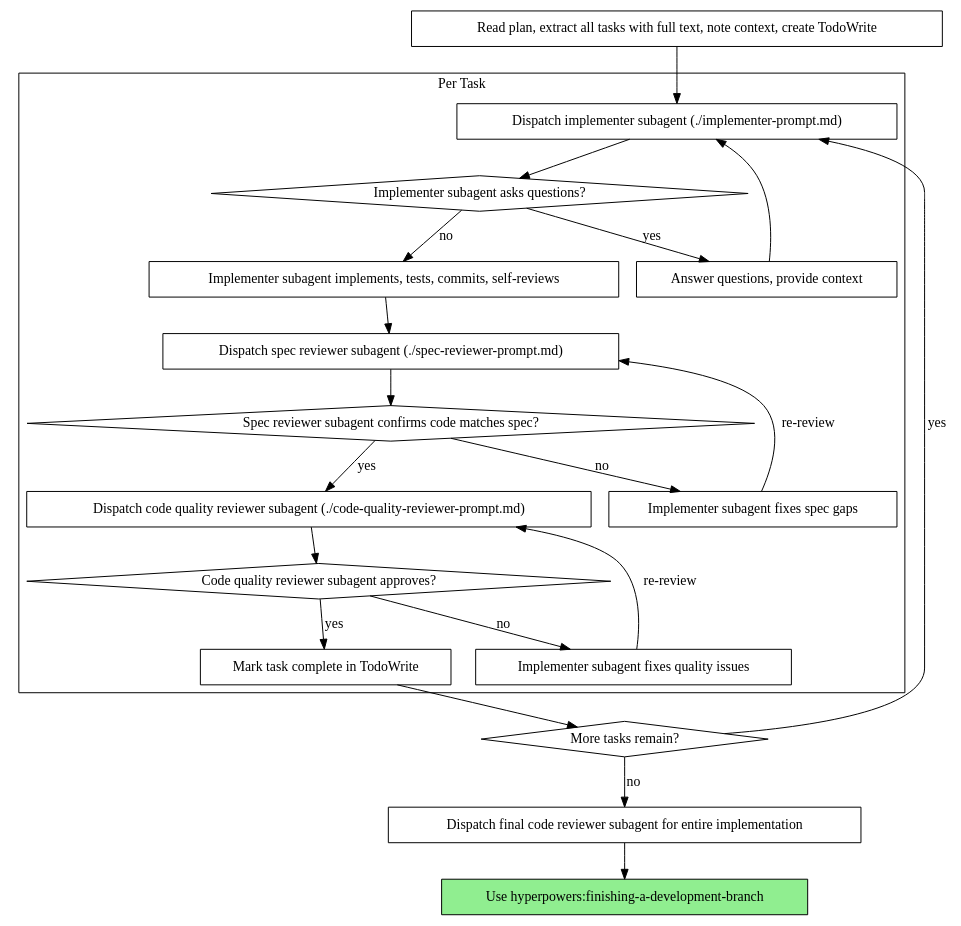
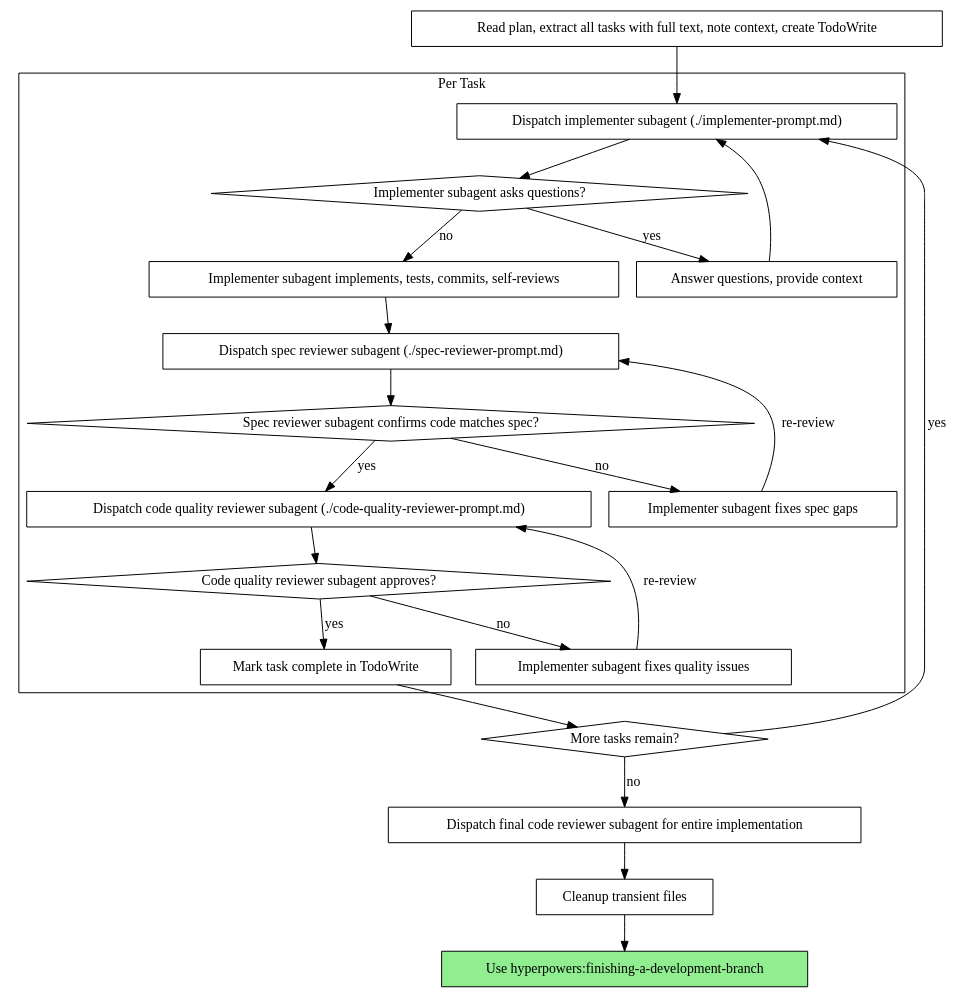
One commit to obra/superpowers changed the second of 2 diagrams in skills/subagent-driven-development/SKILL.md. Above: the diagram before and after it, drawn with Graphviz.

Commit message:
docs: add cleanup step to SDD workflow diagram
Updates the process diagram to show cleanup of transient files
between final code review and finishing-a-development-branch.

````diff
--- a/skills/subagent-driven-development/SKILL.md
+++ b/skills/subagent-driven-development/SKILL.md
@@ -36,44 +36,46 @@
 ```dot
 digraph process {
     rankdir=TB;
 
     subgraph cluster_per_task {
         label="Per Task";
         "Dispatch implementer subagent (./implementer-prompt.md)" [shape=box];
         "Implementer subagent asks questions?" [shape=diamond];
         "Answer questions, provide context" [shape=box];
         "Implementer subagent implements, tests, commits, self-reviews" [shape=box];
         "Dispatch spec reviewer subagent (./spec-reviewer-prompt.md)" [shape=box];
         "Spec reviewer subagent confirms code matches spec?" [shape=diamond];
         "Implementer subagent fixes spec gaps" [shape=box];
         "Dispatch code quality reviewer subagent (./code-quality-reviewer-prompt.md)" [shape=box];
         "Code quality reviewer subagent approves?" [shape=diamond];
         "Implementer subagent fixes quality issues" [shape=box];
         "Mark task complete in TodoWrite" [shape=box];
     }
 
     "Read plan, extract all tasks with full text, note context, create TodoWrite" [shape=box];
     "More tasks remain?" [shape=diamond];
     "Dispatch final code reviewer subagent for entire implementation" [shape=box];
+    "Cleanup transient files" [shape=box];
     "Use hyperpowers:finishing-a-development-branch" [shape=box style=filled fillcolor=lightgreen];
 
     "Read plan, extract all tasks with full text, note context, create TodoWrite" -> "Dispatch implementer subagent (./implementer-prompt.md)";
     "Dispatch implementer subagent (./implementer-prompt.md)" -> "Implementer subagent asks questions?";
     "Implementer subagent asks questions?" -> "Answer questions, provide context" [label="yes"];
     "Answer questions, provide context" -> "Dispatch implementer subagent (./implementer-prompt.md)";
     "Implementer subagent asks questions?" -> "Implementer subagent implements, tests, commits, self-reviews" [label="no"];
     "Implementer subagent implements, tests, commits, self-reviews" -> "Dispatch spec reviewer subagent (./spec-reviewer-prompt.md)";
     "Dispatch spec reviewer subagent (./spec-reviewer-prompt.md)" -> "Spec reviewer subagent confirms code matches spec?";
     "Spec reviewer subagent confirms code matches spec?" -> "Implementer subagent fixes spec gaps" [label="no"];
     "Implementer subagent fixes spec gaps" -> "Dispatch spec reviewer subagent (./spec-reviewer-prompt.md)" [label="re-review"];
     "Spec reviewer subagent confirms code matches spec?" -> "Dispatch code quality reviewer subagent (./code-quality-reviewer-prompt.md)" [label="yes"];
     "Dispatch code quality reviewer subagent (./code-quality-reviewer-prompt.md)" -> "Code quality reviewer subagent approves?";
     "Code quality reviewer subagent approves?" -> "Implementer subagent fixes quality issues" [label="no"];
     "Implementer subagent fixes quality issues" -> "Dispatch code quality reviewer subagent (./code-quality-reviewer-prompt.md)" [label="re-review"];
     "Code quality reviewer subagent approves?" -> "Mark task complete in TodoWrite" [label="yes"];
     "Mark task complete in TodoWrite" -> "More tasks remain?";
     "More tasks remain?" -> "Dispatch implementer subagent (./implementer-prompt.md)" [label="yes"];
     "More tasks remain?" -> "Dispatch final code reviewer subagent for entire implementation" [label="no"];
-    "Dispatch final code reviewer subagent for entire implementation" -> "Use hyperpowers:finishing-a-development-branch";
+    "Dispatch final code reviewer subagent for entire implementation" -> "Cleanup transient files";
+    "Cleanup transient files" -> "Use hyperpowers:finishing-a-development-branch";
 }
 ```
````
